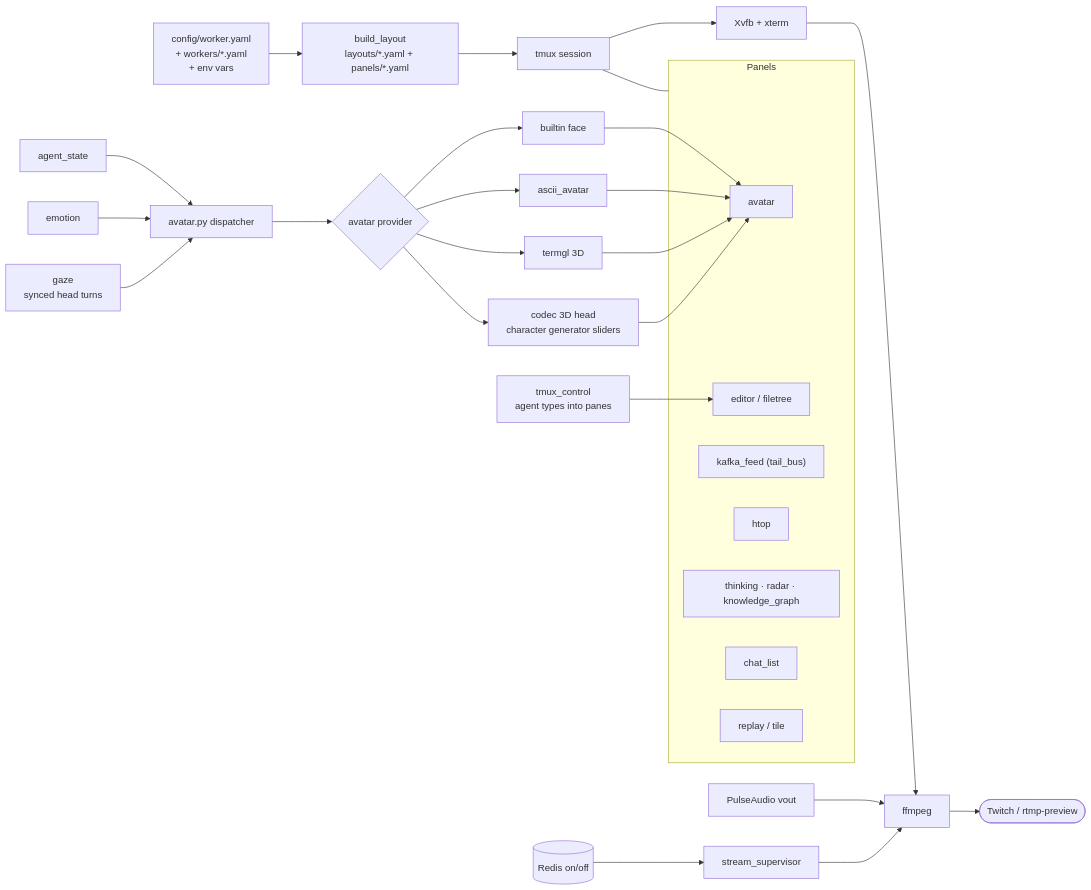
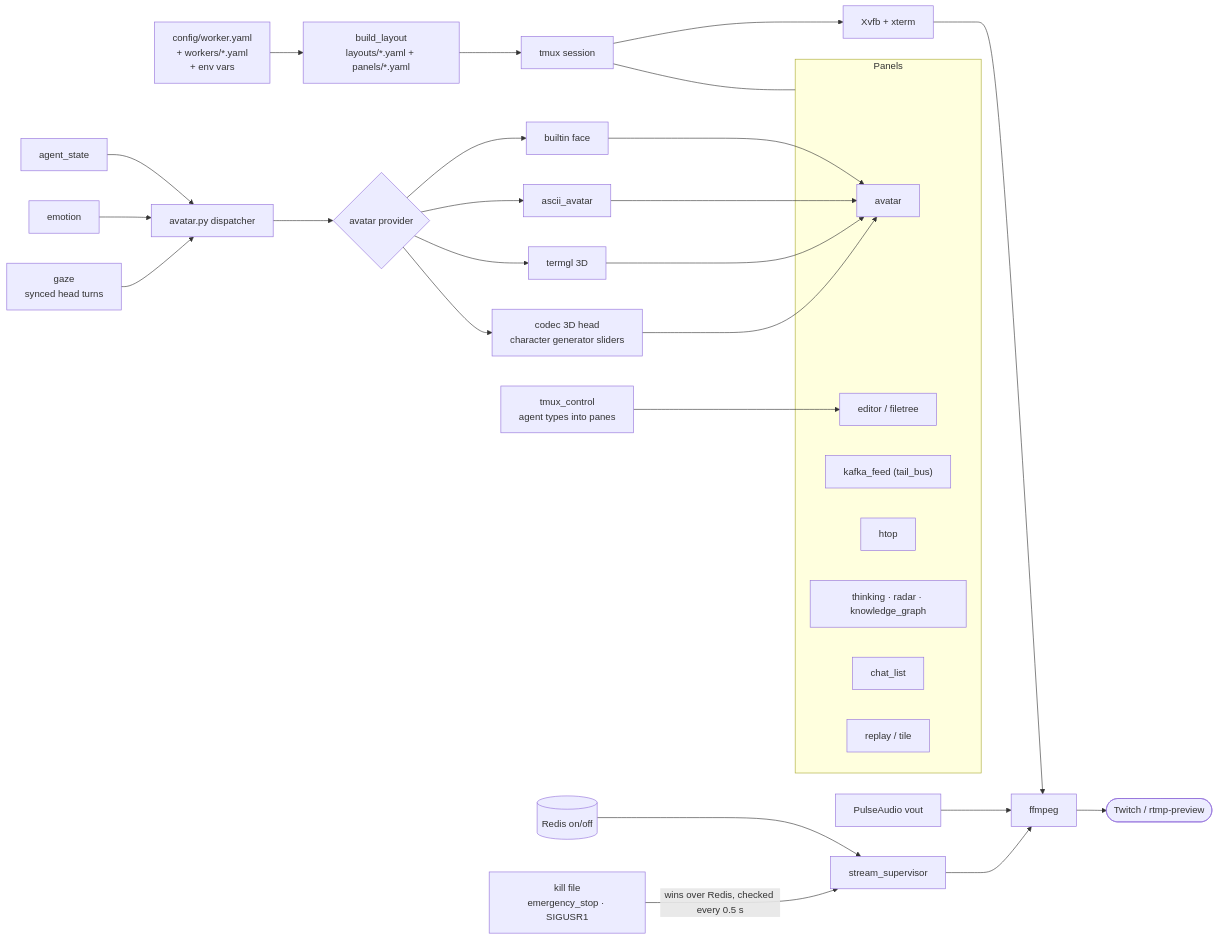
The fourth of 5 diagrams in docs/feature_flow_diagram.md (builderOfTheWorlds/virtualTubers), drawn with Mermaid before and after one commit. The commit also changed other lines of this file and 28 other files, not shown here.

First line of the commit message:
docs: sync flow reference, diagrams, README and deploy docs to code

````diff
--- a/docs/feature_flow_diagram.md
+++ b/docs/feature_flow_diagram.md
@@ -209,36 +250,37 @@
 ```mermaid
 flowchart LR
     CFG["config/worker.yaml<br/>+ workers/*.yaml<br/>+ env vars"] --> BL["build_layout<br/>layouts/*.yaml + panels/*.yaml"]
     BL --> TMUX["tmux session"]
 
     subgraph PANES["Panels"]
         P1["avatar"]
         P2["editor / filetree"]
         P3["kafka_feed (tail_bus)"]
         P4["htop"]
         P5["thinking · radar · knowledge_graph"]
         P6["chat_list"]
         P7["replay / tile"]
     end
     TMUX --- PANES
 
     ST["agent_state"] --> AVD["avatar.py dispatcher"]
     EMO["emotion"] --> AVD
     GZ["gaze<br/>synced head turns"] --> AVD
     AVD --> PROV{"avatar provider"}
     PROV --> B1["builtin face"]
     PROV --> B2["ascii_avatar"]
     PROV --> B3["termgl 3D"]
     PROV --> B4["codec 3D head<br/>character generator sliders"]
     B1 --> P1
     B2 --> P1
     B3 --> P1
     B4 --> P1
 
     TC["tmux_control<br/>agent types into panes"] --> P2
 
     TMUX --> X["Xvfb + xterm"] --> FF["ffmpeg"]
     PA["PulseAudio vout"] --> FF
     FF --> TW(["Twitch / rtmp-preview"])
     FLAG[("Redis on/off")] --> SUP["stream_supervisor"] --> FF
+    KILL["kill file<br/>emergency_stop · SIGUSR1"] -->|wins over Redis, checked every 0.5 s| SUP
 ```
````
